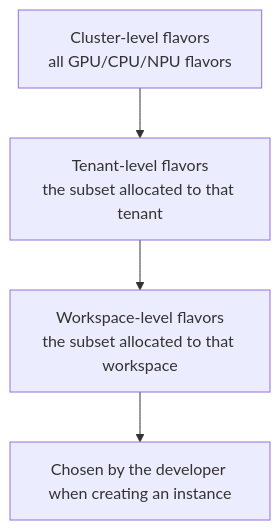
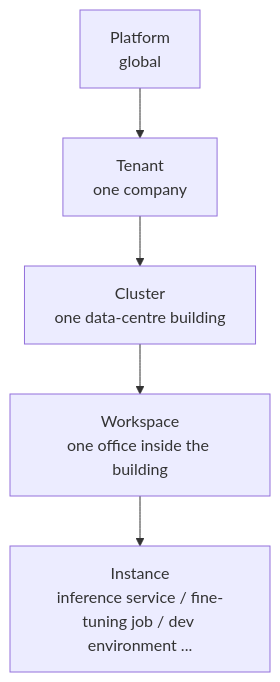
The diagram in src/pages/docs/en/02.guide/02.architecture.md (poxiaoyun/docs), drawn with Mermaid before and after one commit. The commit also changed other lines of this file and 359 other files, not shown here.

````diff
--- a/src/pages/docs/en/02.guide/02.architecture.md
+++ b/src/pages/docs/en/02.guide/02.architecture.md
@@ -191,6 +85,7 @@
 ```mermaid
 graph TD
-    CF["Cluster-level flavors<br/>all GPU/CPU/NPU flavors"] --> TF["Tenant-level flavors<br/>the subset allocated to that tenant"]
-    TF --> WF["Workspace-level flavors<br/>the subset allocated to that workspace"]
-    WF --> Instance["Chosen by the developer when creating an instance"]
+    P["Platform<br/>global"] --> T["Tenant<br/>one company"]
+    T --> C["Cluster<br/>one data-centre building"]
+    C --> W["Workspace<br/>one office inside the building"]
+    W --> I["Instance<br/>inference service / fine-tuning job / dev environment ..."]
 ```
````
